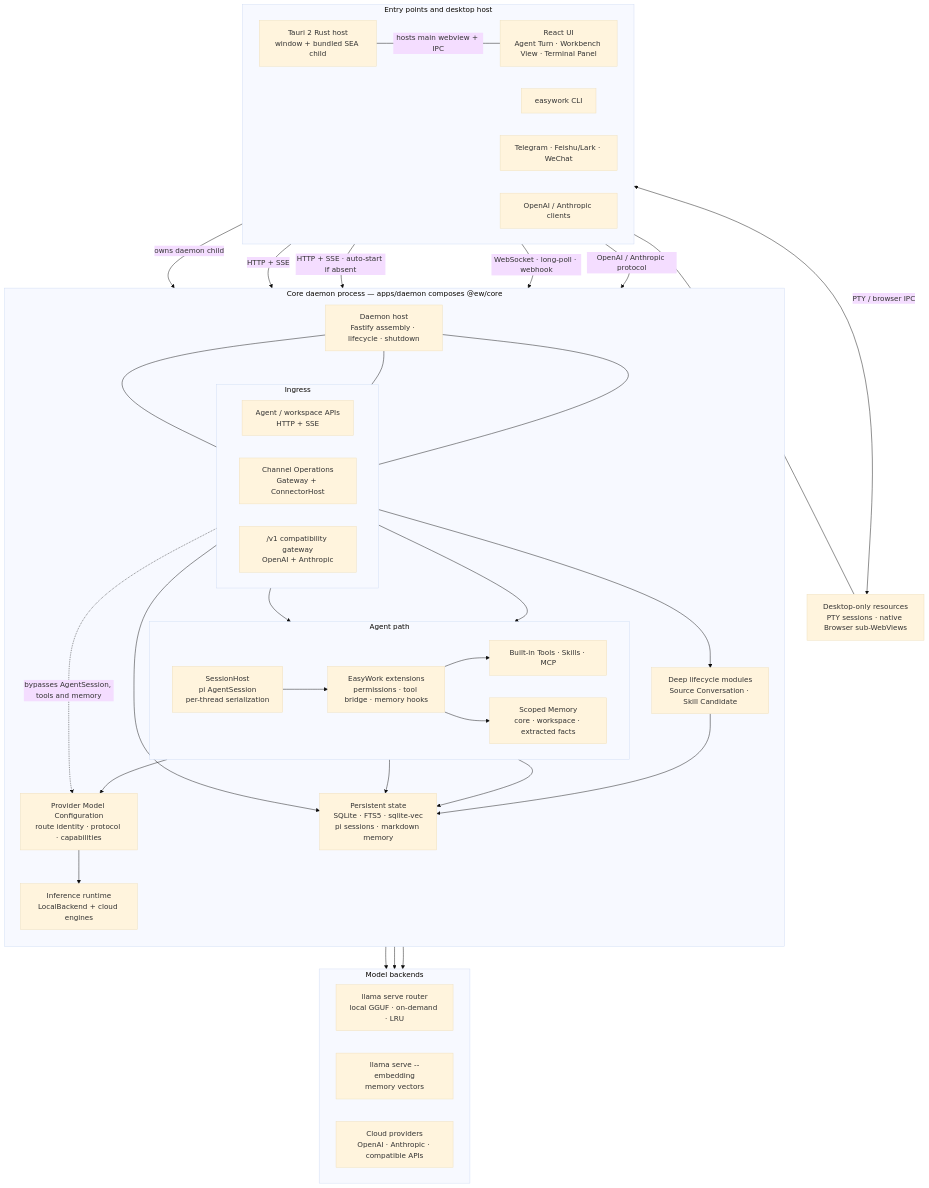
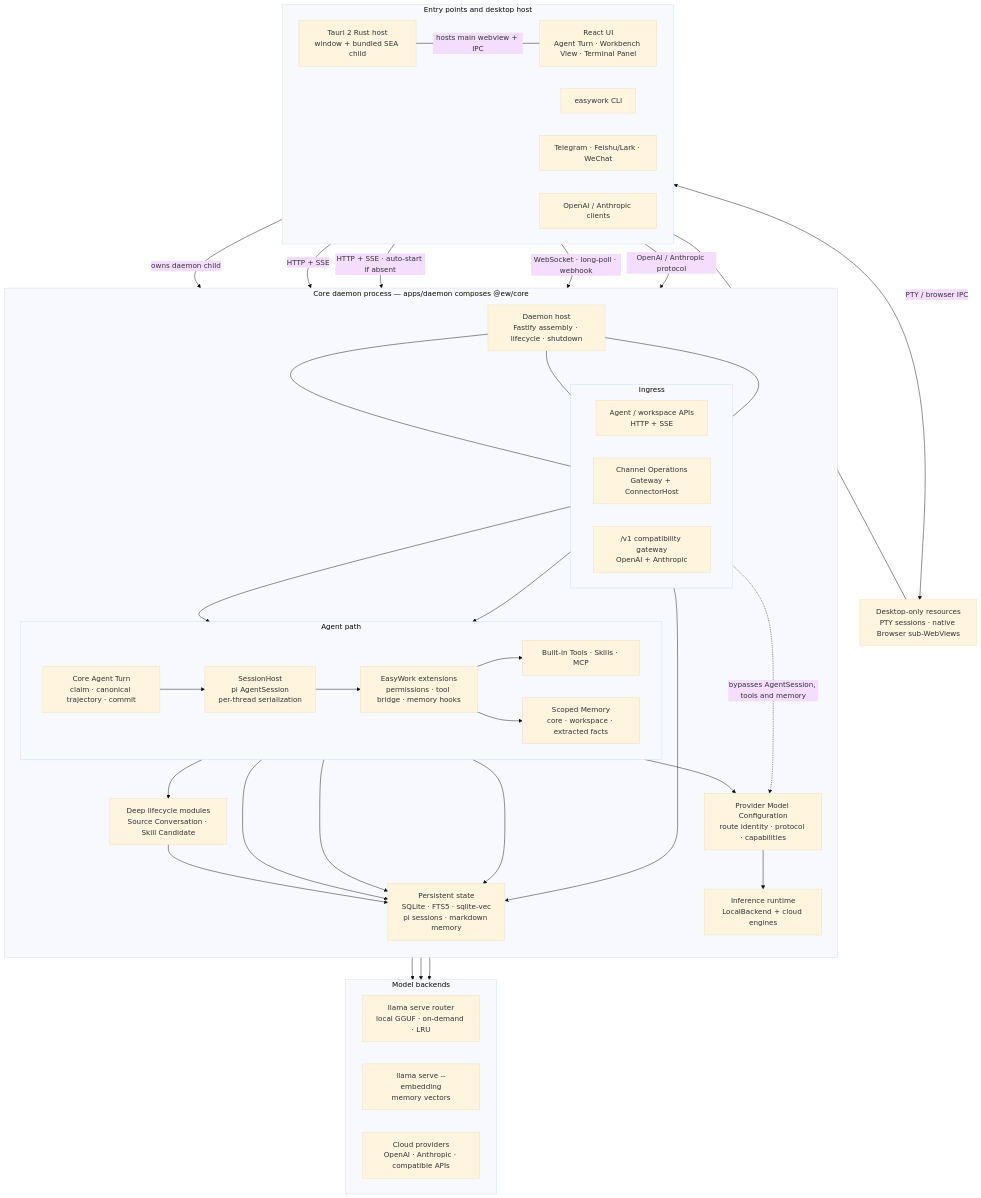
Before and after one commit to LunarCache/easywork: the diagram in README.md, drawn with Mermaid (base theme). The commit also changed other lines of this file and 21 other files, not shown here.

Commit message:
refactor(core): unify agent turn lifecycle

````diff
--- a/README.md
+++ b/README.md
@@ -42,74 +42,77 @@
 ```mermaid
 flowchart TB
   subgraph Entry["Entry points and desktop host"]
     direction LR
     Desktop["Tauri 2 Rust host<br/>window + bundled SEA child"]
     UI["React UI<br/>Agent Turn · Workbench View · Terminal Panel"]
     CLI["easywork CLI"]
     IM["Telegram · Feishu/Lark · WeChat"]
     V1Clients["OpenAI / Anthropic clients"]
   end
 
   Native["Desktop-only resources<br/>PTY sessions · native Browser sub-WebViews"]
 
   subgraph Daemon["Core daemon process — apps/daemon composes @ew/core"]
     direction TB
     Host["Daemon host<br/>Fastify assembly · lifecycle · shutdown"]
 
     subgraph Ingress["Ingress"]
       direction LR
       AgentAPI["Agent / workspace APIs<br/>HTTP + SSE"]
       ChannelOps["Channel Operations<br/>Gateway + ConnectorHost"]
       Compat["/v1 compatibility gateway<br/>OpenAI + Anthropic"]
     end
 
     subgraph AgentPath["Agent path"]
       direction LR
+      AgentTurnCore["Core Agent Turn<br/>claim · canonical trajectory · commit"]
       SessionHost["SessionHost<br/>pi AgentSession<br/>per-thread serialization"]
       Extensions["EasyWork extensions<br/>permissions · tool bridge · memory hooks"]
       Capabilities["Built-in Tools · Skills · MCP"]
       Memory["Scoped Memory<br/>core · workspace · extracted facts"]
     end
 
     ModelConfig["Provider Model Configuration<br/>route identity · protocol · capabilities"]
     Runtime["Inference runtime<br/>LocalBackend + cloud engines"]
     Lifecycles["Deep lifecycle modules<br/>Source Conversation · Skill Candidate"]
     State["Persistent state<br/>SQLite · FTS5 · sqlite-vec<br/>pi sessions · markdown memory"]
 
     Host --- AgentAPI
     Host --- ChannelOps
     Host --- Compat
-    AgentAPI --> SessionHost
-    ChannelOps --> SessionHost
+    AgentAPI --> AgentTurnCore
+    ChannelOps --> AgentTurnCore
+    AgentTurnCore --> SessionHost
     SessionHost --> Extensions
     Extensions --> Capabilities
     Extensions --> Memory
     SessionHost --> ModelConfig
-    AgentAPI --> Lifecycles
+    AgentTurnCore --> Lifecycles
+    AgentTurnCore --> State
     Lifecycles --> State
     SessionHost --> State
     ChannelOps --> State
     Memory --> State
     Compat -. "bypasses AgentSession, tools and memory" .-> ModelConfig
     ModelConfig --> Runtime
   end
 
   subgraph Backends["Model backends"]
     direction LR
     Router["llama serve router<br/>local GGUF · on-demand · LRU"]
     Embedding["llama serve --embedding<br/>memory vectors"]
     Cloud["Cloud providers<br/>OpenAI · Anthropic · compatible APIs"]
   end
 
   Desktop ---|"hosts main webview + IPC"| UI
   Desktop --- Native
   UI <-->|"PTY / browser IPC"| Native
   Desktop -->|"owns daemon child"| Host
   UI -->|"HTTP + SSE"| AgentAPI
   CLI -->|"HTTP + SSE · auto-start if absent"| AgentAPI
   IM -->|"WebSocket · long-poll · webhook"| ChannelOps
   V1Clients -->|"OpenAI / Anthropic protocol"| Compat
   Runtime --> Router
   Runtime --> Cloud
   Memory --> Embedding
 ```
````
